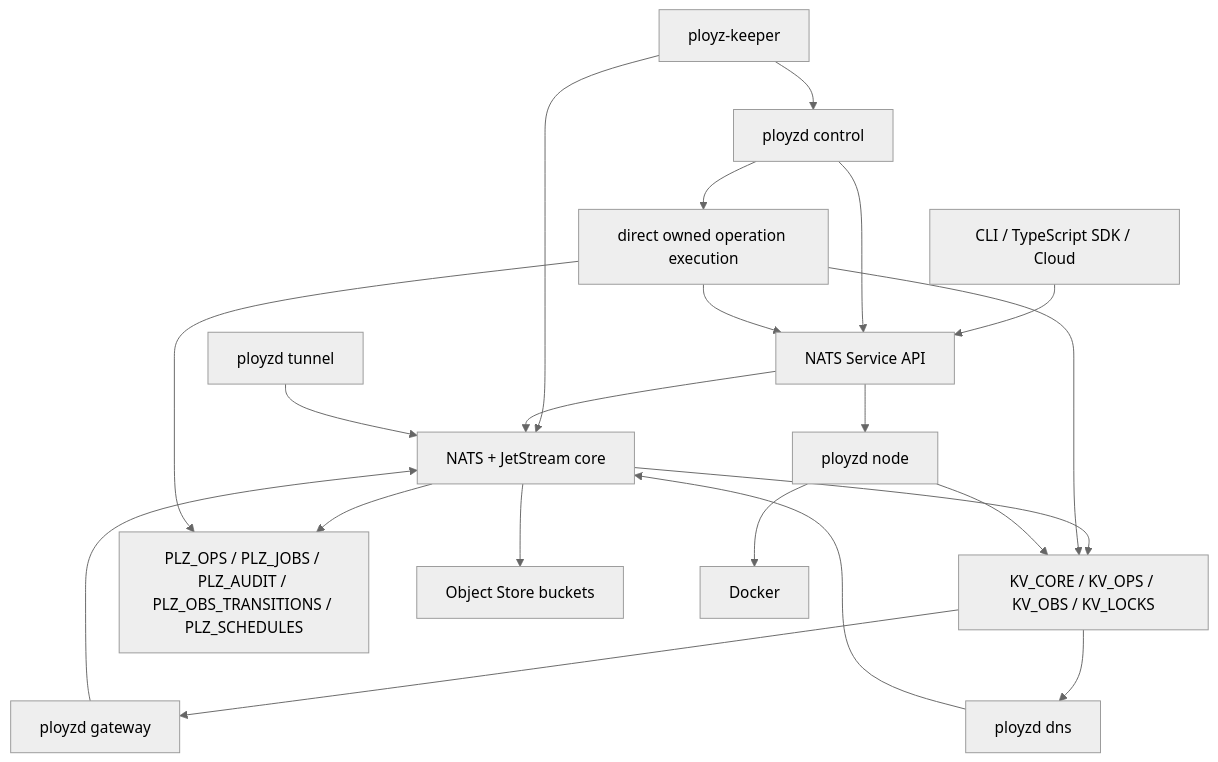
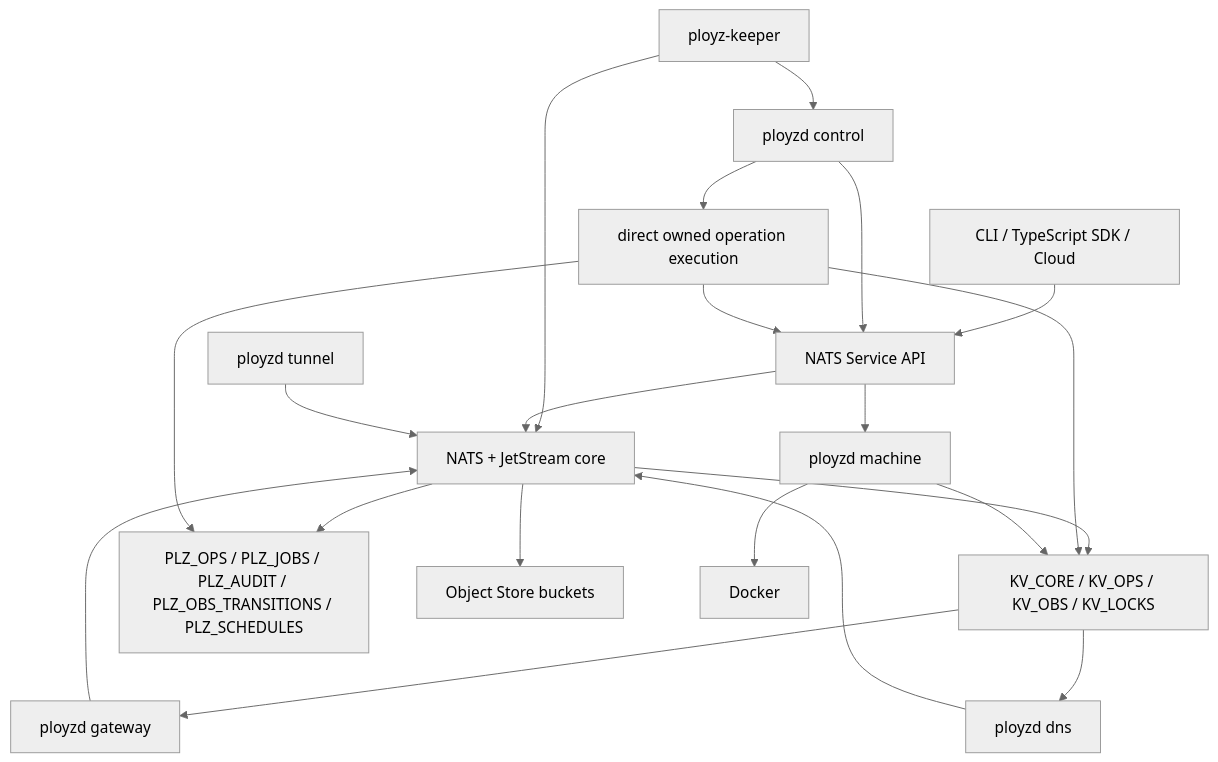
Before and after one commit to getployz/ployz: the first of 2 diagrams in docs/plans/2026-06-04-001-refactor-nats-greenfield-control-plane-plan.md, drawn with Mermaid (neutral theme). The commit also changed other lines of this file and 201 other files, not shown here.

````diff
--- a/docs/plans/2026-06-04-001-refactor-nats-greenfield-control-plane-plan.md
+++ b/docs/plans/2026-06-04-001-refactor-nats-greenfield-control-plane-plan.md
@@ -479,38 +479,38 @@
 ```mermaid
 flowchart TB
   CLI["CLI / TypeScript SDK / Cloud"]
   Keeper["ployz-keeper"]
   PloyzdControl["ployzd control"]
   NATS["NATS + JetStream core"]
   Services["NATS Service API"]
   KV["KV_CORE / KV_OPS / KV_OBS / KV_LOCKS"]
   Streams["PLZ_OPS / PLZ_JOBS / PLZ_AUDIT / PLZ_OBS_TRANSITIONS / PLZ_SCHEDULES"]
   Objects["Object Store buckets"]
   DirectOps["direct owned operation execution"]
-  Agents["ployzd node"]
+  Agents["ployzd machine"]
   Docker["Docker"]
   Gateway["ployzd gateway"]
   DNS["ployzd dns"]
   Tunnel["ployzd tunnel"]
 
   CLI --> Services
   Keeper --> NATS
   Keeper --> PloyzdControl
   PloyzdControl --> Services
   Services --> NATS
   NATS --> KV
   NATS --> Streams
   NATS --> Objects
   PloyzdControl --> DirectOps
   DirectOps --> KV
   DirectOps --> Streams
   DirectOps --> Services
   Services --> Agents
   Agents --> Docker
   Agents --> KV
   Gateway --> NATS
   DNS --> NATS
   Tunnel --> NATS
   KV --> Gateway
   KV --> DNS
 ```
````
